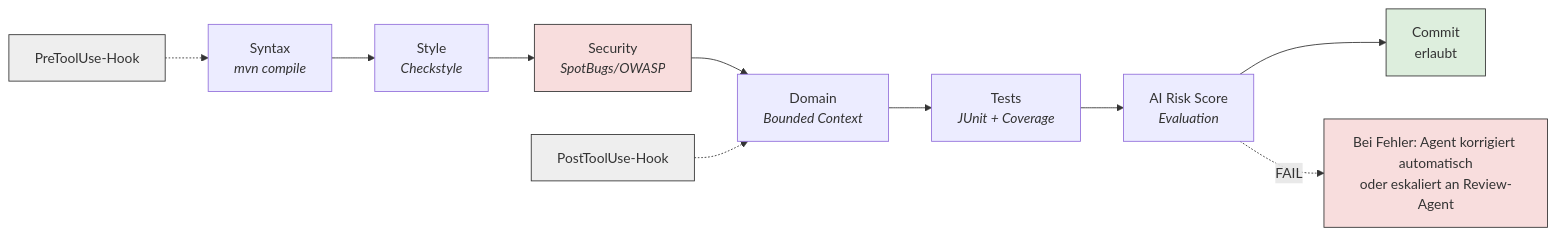
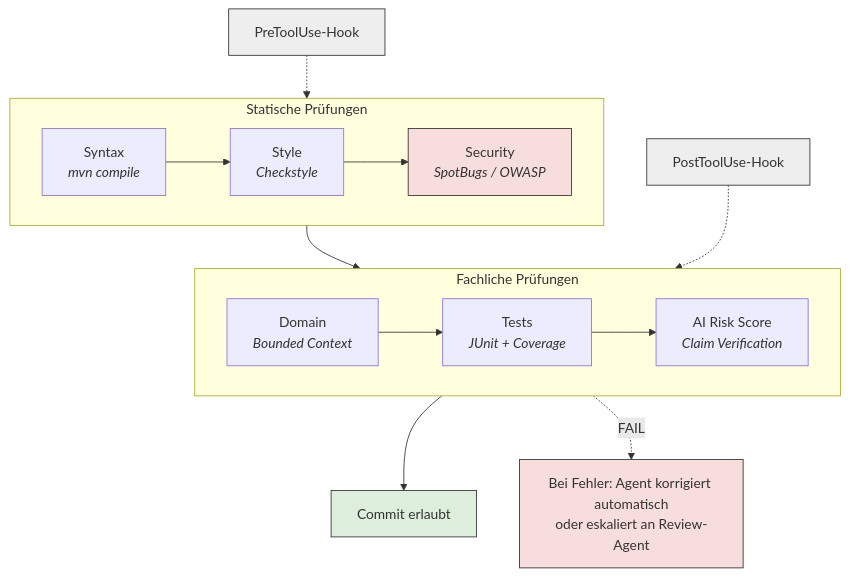
The diagram in abbildungen/abb13.mmd (mjanda0815/agentic-publikation), drawn with Mermaid before and after one commit. The commit also changed 53 other files, not shown here.

```diff
--- a/abbildungen/abb13.mmd
+++ b/abbildungen/abb13.mmd
@@ -1,17 +1,24 @@
-flowchart LR
-    S1["Syntax<br/><i>mvn compile</i>"] --> S2["Style<br/><i>Checkstyle</i>"]
-    S2 --> S3["Security<br/><i>SpotBugs/OWASP</i>"]
-    S3 --> S4["Domain<br/><i>Bounded Context</i>"]
-    S4 --> S5["Tests<br/><i>JUnit + Coverage</i>"]
-    S5 --> S6["AI Risk Score<br/><i>Evaluation</i>"]
-    S6 --> OK["Commit<br/>erlaubt"]
-    PRE["PreToolUse-Hook"] -.-> S1
-    POST["PostToolUse-Hook"] -.-> S4
+flowchart TB
+    subgraph P1["Statische Prüfungen"]
+        direction LR
+        S1["Syntax<br/><i>mvn compile</i>"] --> S2["Style<br/><i>Checkstyle</i>"]
+        S2 --> S3["Security<br/><i>SpotBugs / OWASP</i>"]
+    end
+    subgraph P2["Fachliche Prüfungen"]
+        direction LR
+        S4["Domain<br/><i>Bounded Context</i>"] --> S5["Tests<br/><i>JUnit + Coverage</i>"]
+        S5 --> S6["AI Risk Score<br/><i>Claim Verification</i>"]
+    end
+    OK["Commit erlaubt"]
     FB["Bei Fehler: Agent korrigiert automatisch<br/>oder eskaliert an Review-Agent"]
-    S6 -. "FAIL" .-> FB
+    PRE["PreToolUse-Hook"] -.-> P1
+    P1 --> P2
+    POST["PostToolUse-Hook"] -.-> P2
+    P2 --> OK
+    P2 -. "FAIL" .-> FB
     classDef sec fill:#f8dddd,stroke:#333333
     classDef ok fill:#ddeedd,stroke:#333333
     classDef hook fill:#eeeeee,stroke:#333333
     class S3,FB sec
     class OK ok
     class PRE,POST hook
```
